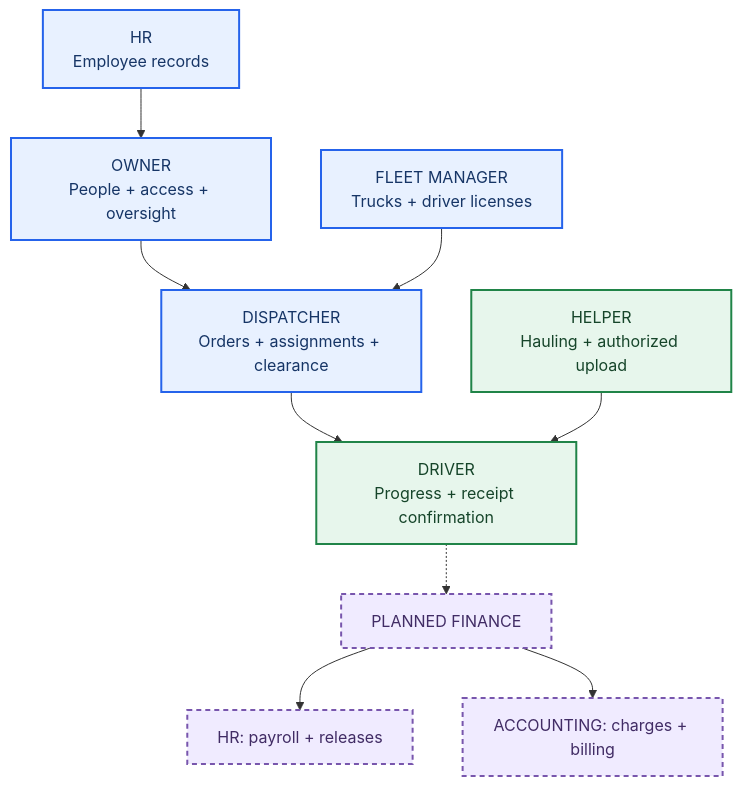
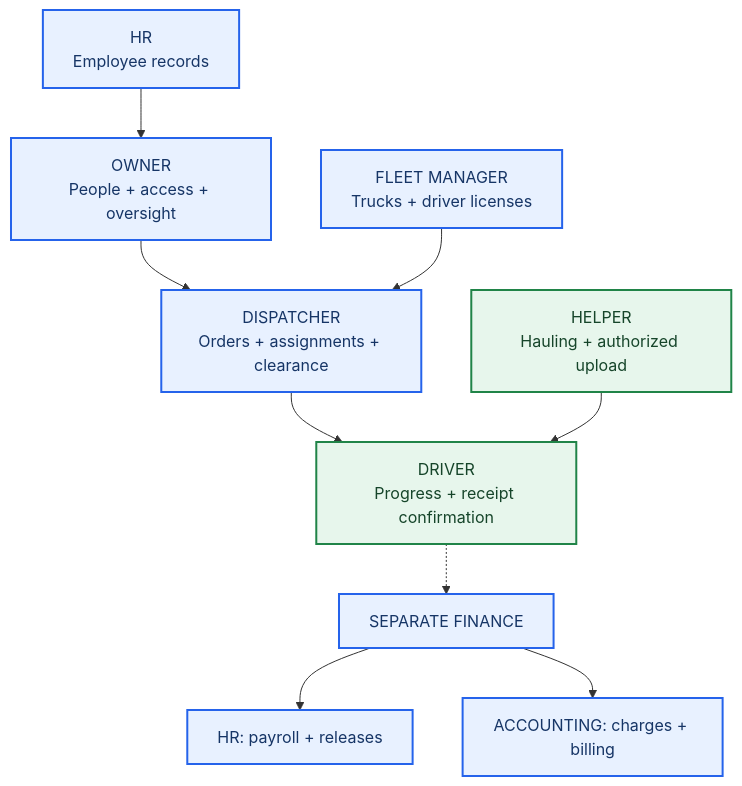
Before and after one commit to DanielVilla1/BM_Enterprises_Integration: the diagram in docs/runbooks/roles/README.md, drawn with Mermaid. The commit also changed other lines of this file and 104 other files, not shown here.

````diff
--- a/docs/runbooks/roles/README.md
+++ b/docs/runbooks/roles/README.md
@@ -9,16 +9,15 @@
 ```mermaid
 flowchart TB
     accTitle: Who hands work to whom?
-    accDescr: Owner authorizes staff, Fleet readies resources, Dispatcher plans, and Driver and Helper execute delivery; finance is a later separate module.
+    accDescr: Owner authorizes staff, Fleet readies resources, Dispatcher plans, and Driver and Helper execute delivery; HR and Accounting process separate financial workflows.
     owner["OWNER<br/>People + access + oversight"]:::action --> dispatcher["DISPATCHER<br/>Orders + assignments + clearance"]:::action
     fleet["FLEET MANAGER<br/>Trucks + driver licenses"]:::action --> dispatcher
     hr["HR<br/>Employee records"]:::action --> owner
     dispatcher --> driver["DRIVER<br/>Progress + receipt confirmation"]:::done
     helper["HELPER<br/>Hauling + authorized upload"]:::done --> driver
-    driver -.-> finance["PLANNED FINANCE"]:::planned
-    finance --> hrpay["HR: payroll + releases"]:::planned
-    finance --> account["ACCOUNTING: charges + billing"]:::planned
+    driver -.-> finance["SEPARATE FINANCE"]:::action
+    finance --> hrpay["HR: payroll + releases"]:::action
+    finance --> account["ACCOUNTING: charges + billing"]:::action
     classDef action fill:#e8f1ff,stroke:#2563eb,color:#163566,stroke-width:2px
     classDef done fill:#e7f6ec,stroke:#208448,color:#16452a,stroke-width:2px
-    classDef planned fill:#f0ebff,stroke:#7856ad,color:#412c65,stroke-width:2px,stroke-dasharray:5 4
 ```
````
